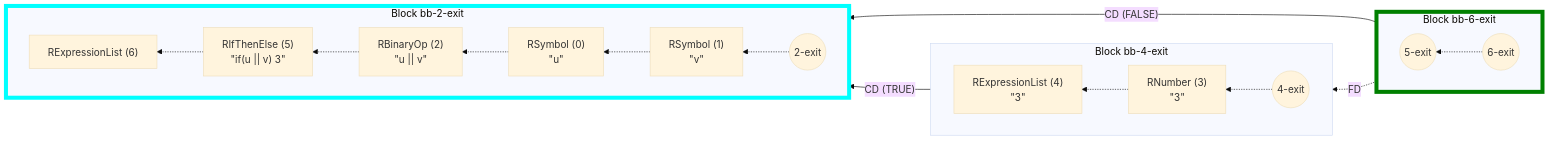
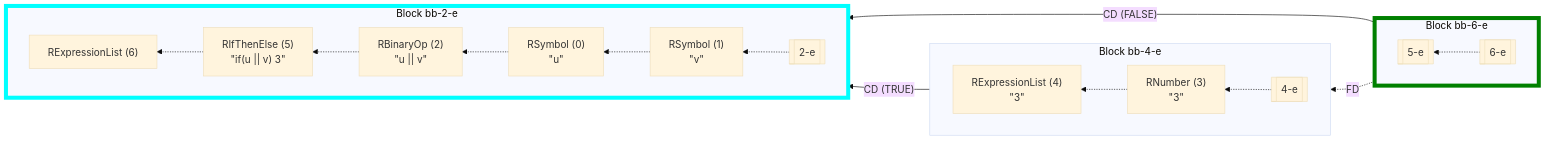
One commit to flowr-analysis/flowr changed the fourth of 23 diagrams in wiki/Control Flow Graph.md. Above: the diagram before and after it, drawn with Mermaid (base theme). The commit also changed other lines of this file and 9 other files, not shown here.

````diff
--- a/wiki/Control Flow Graph.md
+++ b/wiki/Control Flow Graph.md
@@ -224,41 +230,41 @@
 ```mermaid
 flowchart RL
-    subgraph nbb-2-exit [Block bb-2-exit]
+    subgraph nbb-2-e [Block bb-2-e]
         direction RL
-    n2-exit((2-exit))
+    n2-e[[2-e]]
     n1["`RSymbol (1)
 #34;v#34;`"]
-    n2-exit -.-> n1
+    n2-e -.-> n1
     n0["`RSymbol (0)
 #34;u#34;`"]
     n1 -.-> n0
     n2["`RBinaryOp (2)
 #34;u || v#34;`"]
     n0 -.-> n2
     n5["`RIfThenElse (5)
 #34;if(u || v) 3#34;`"]
     n2 -.-> n5
     n6["`RExpressionList (6)`"]
     n5 -.-> n6
     end
-    subgraph nbb-4-exit [Block bb-4-exit]
+    subgraph nbb-4-e [Block bb-4-e]
         direction RL
-    n4-exit((4-exit))
+    n4-e[[4-e]]
     n3["`RNumber (3)
 #34;3#34;`"]
-    n4-exit -.-> n3
+    n4-e -.-> n3
     n4["`RExpressionList (4)
 #34;3#34;`"]
     n3 -.-> n4
     end
-    subgraph nbb-6-exit [Block bb-6-exit]
+    subgraph nbb-6-e [Block bb-6-e]
         direction RL
-    n6-exit((6-exit))
-    n5-exit((5-exit))
-    n6-exit -.-> n5-exit
+    n6-e[[6-e]]
+    n5-e[[5-e]]
+    n6-e -.-> n5-e
     end
-    nbb-6-exit -.->|"FD"| nbb-4-exit
-    nbb-6-exit -->|"CD (FALSE)"| nbb-2-exit
-    nbb-4-exit -->|"CD (TRUE)"| nbb-2-exit
-    style nbb-2-exit stroke:cyan,stroke-width:6.5px;    style nbb-6-exit stroke:green,stroke-width:6.5px;
+    nbb-6-e -.->|"FD"| nbb-4-e
+    nbb-6-e -->|"CD (FALSE)"| nbb-2-e
+    nbb-4-e -->|"CD (TRUE)"| nbb-2-e
+    style nbb-2-e stroke:cyan,stroke-width:6.5px;    style nbb-6-e stroke:green,stroke-width:6.5px;
 ```
````
